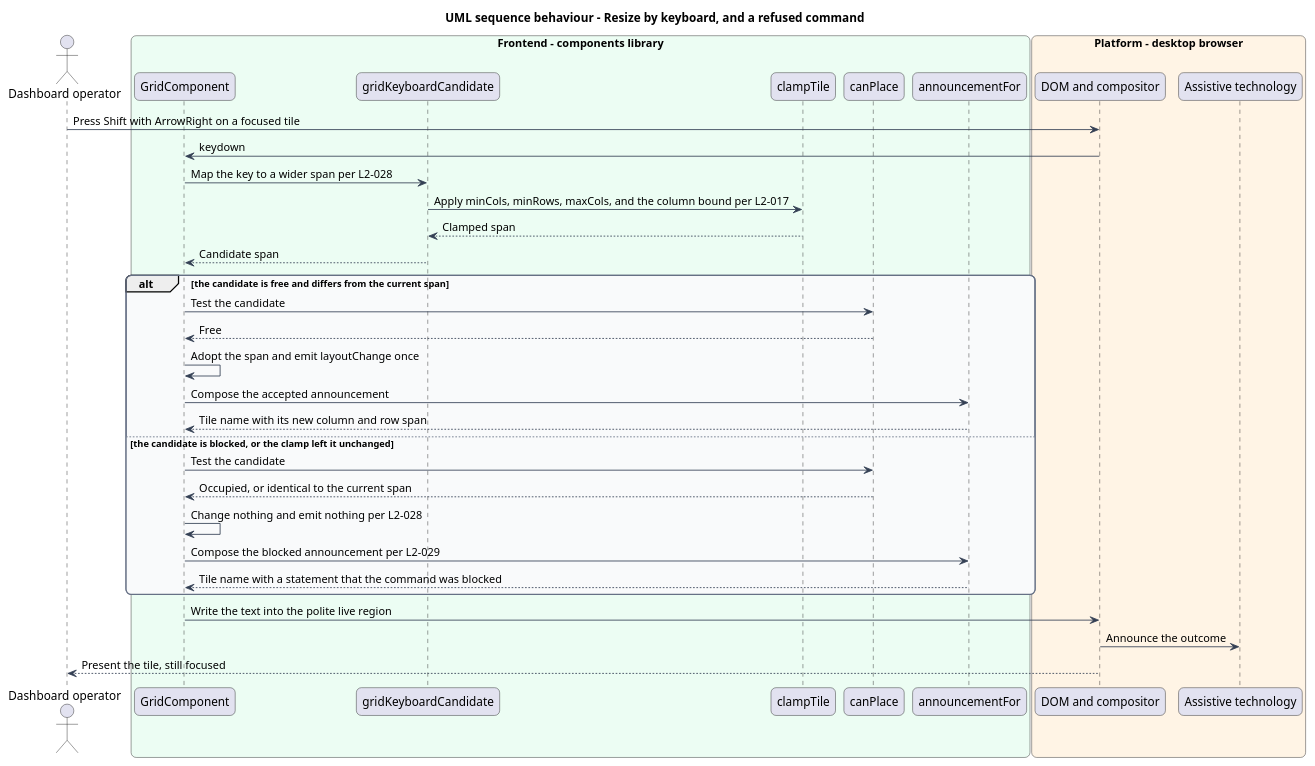
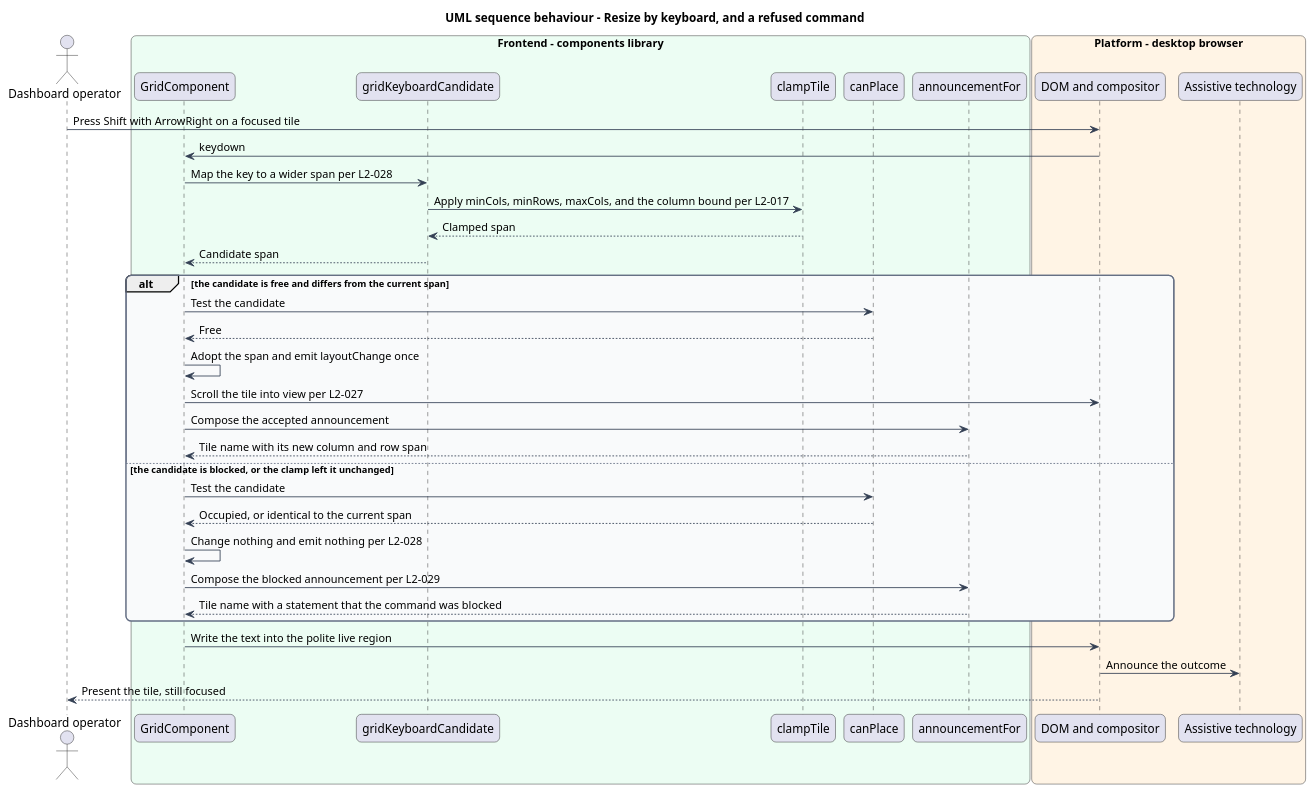
One commit to QuinntyneBrown/qbc-grid changed the diagram in docs/detailed-designs/tile-interaction/move-and-resize-by-keyboard/diagrams/sequence-keyboard-resize-refused.puml. Above: the diagram before and after it, drawn with PlantUML. The commit also changed 4 other files, not shown here.

First line of the commit message:
docs: bring the keyboard sequences up to date with L2-027

```diff
--- a/docs/detailed-designs/tile-interaction/move-and-resize-by-keyboard/diagrams/sequence-keyboard-resize-refused.puml
+++ b/docs/detailed-designs/tile-interaction/move-and-resize-by-keyboard/diagrams/sequence-keyboard-resize-refused.puml
@@ -1,53 +1,54 @@
 @startuml
 title UML sequence behaviour - Resize by keyboard, and a refused command
 skinparam backgroundColor #FFFFFF
 skinparam shadowing false
 skinparam roundcorner 12
 skinparam defaultFontName Arial
 skinparam ArrowColor #344054
 skinparam rectangle {
   BorderColor #344054
   FontColor #101828
 }
 skinparam package {
   BorderColor #667085
   FontColor #101828
   BackgroundColor #F9FAFB
 }
 actor "Dashboard operator" as actor
 box "Frontend - components library" #ECFDF3
   participant "GridComponent" as grid
   participant "gridKeyboardCandidate" as keys
   participant "clampTile" as clamp
   participant "canPlace" as canplace
   participant "announcementFor" as announce
 end box
 box "Platform - desktop browser" #FFF4E5
   participant "DOM and compositor" as dom
   participant "Assistive technology" as at
 end box
 
 actor -> dom : Press Shift with ArrowRight on a focused tile
 dom -> grid : keydown
 grid -> keys : Map the key to a wider span per L2-028
 keys -> clamp : Apply minCols, minRows, maxCols, and the column bound per L2-017
 clamp --> keys : Clamped span
 keys --> grid : Candidate span
 
 alt the candidate is free and differs from the current span
   grid -> canplace : Test the candidate
   canplace --> grid : Free
   grid -> grid : Adopt the span and emit layoutChange once
+  grid -> dom : Scroll the tile into view per L2-027
   grid -> announce : Compose the accepted announcement
   announce --> grid : Tile name with its new column and row span
 else the candidate is blocked, or the clamp left it unchanged
   grid -> canplace : Test the candidate
   canplace --> grid : Occupied, or identical to the current span
   grid -> grid : Change nothing and emit nothing per L2-028
   grid -> announce : Compose the blocked announcement per L2-029
   announce --> grid : Tile name with a statement that the command was blocked
 end
 grid -> dom : Write the text into the polite live region
 dom -> at : Announce the outcome
 dom --> actor : Present the tile, still focused
 @enduml
```
